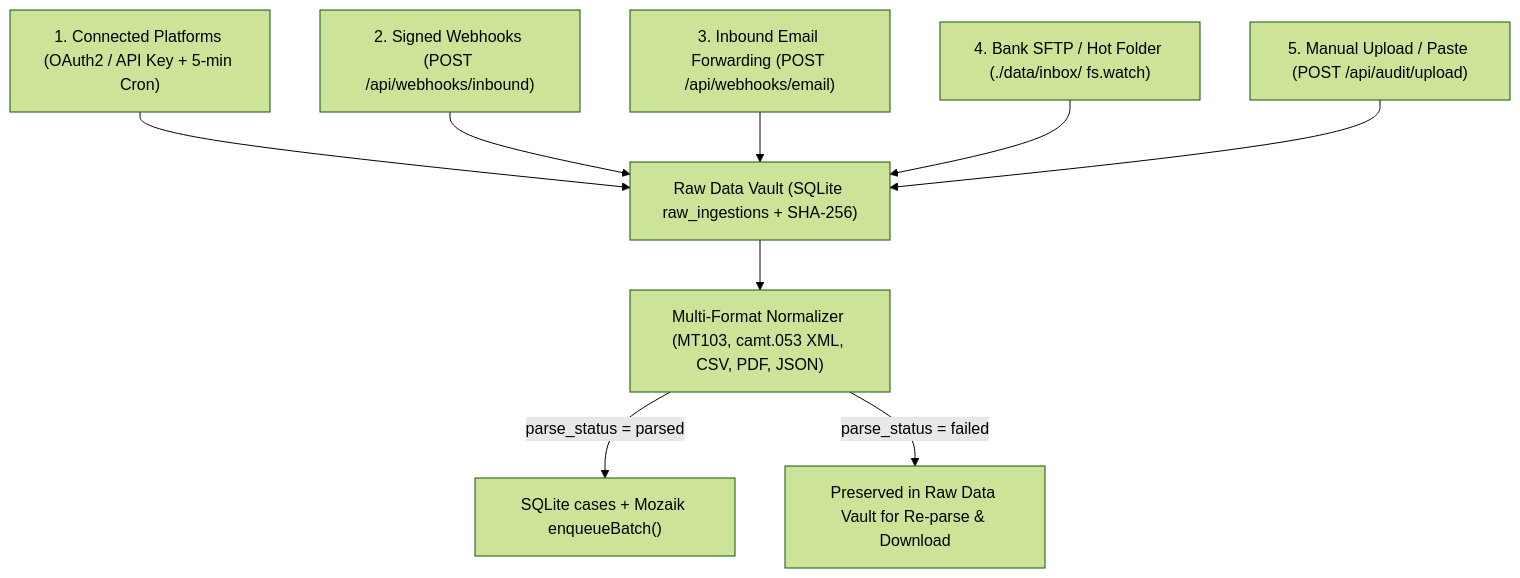
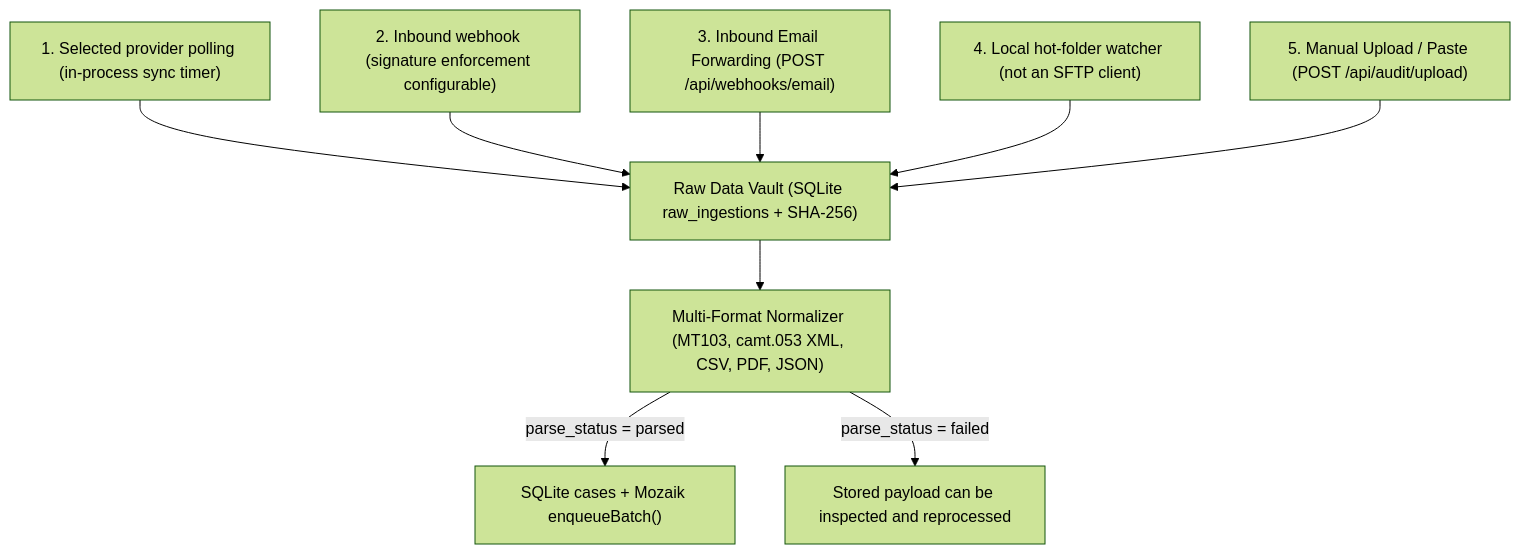
Before and after one commit to sainibhaowal/Corridor-Audit: the diagram in docs/Case Study/02-data-ingestion-and-raw-vault.md, drawn with Mermaid (forest theme). The commit also changed other lines of this file and 13 other files, not shown here.

````diff
--- a/docs/Case Study/02-data-ingestion-and-raw-vault.md
+++ b/docs/Case Study/02-data-ingestion-and-raw-vault.md
@@ -7,12 +7,12 @@
 ```mermaid
 flowchart TD
-    C1["1. Connected Platforms (OAuth2 / API Key + 5-min Cron)"] --> VAULT["Raw Data Vault (SQLite raw_ingestions + SHA-256)"]
-    C2["2. Signed Webhooks (POST /api/webhooks/inbound)"] --> VAULT
+    C1["1. Selected provider polling (in-process sync timer)"] --> VAULT["Raw Data Vault (SQLite raw_ingestions + SHA-256)"]
+    C2["2. Inbound webhook (signature enforcement configurable)"] --> VAULT
     C3["3. Inbound Email Forwarding (POST /api/webhooks/email)"] --> VAULT
-    C4["4. Bank SFTP / Hot Folder (./data/inbox/ fs.watch)"] --> VAULT
+    C4["4. Local hot-folder watcher (not an SFTP client)"] --> VAULT
     C5["5. Manual Upload / Paste (POST /api/audit/upload)"] --> VAULT
 
     VAULT --> NORM["Multi-Format Normalizer (MT103, camt.053 XML, CSV, PDF, JSON)"]
     NORM -->|"parse_status = parsed"| CASES["SQLite cases + Mozaik enqueueBatch()"]
-    NORM -->|"parse_status = failed"| RETRY["Preserved in Raw Data Vault for Re-parse & Download"]
+    NORM -->|"parse_status = failed"| RETRY["Stored payload can be inspected and reprocessed"]
 ```
````
